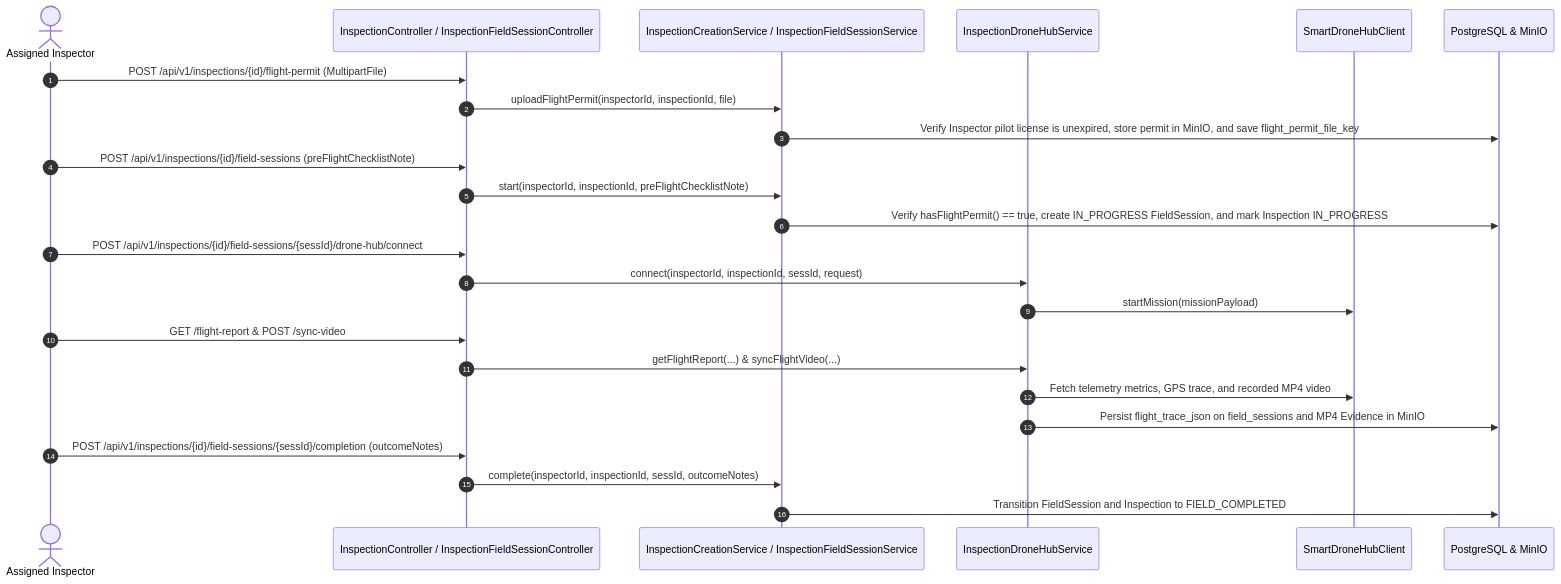
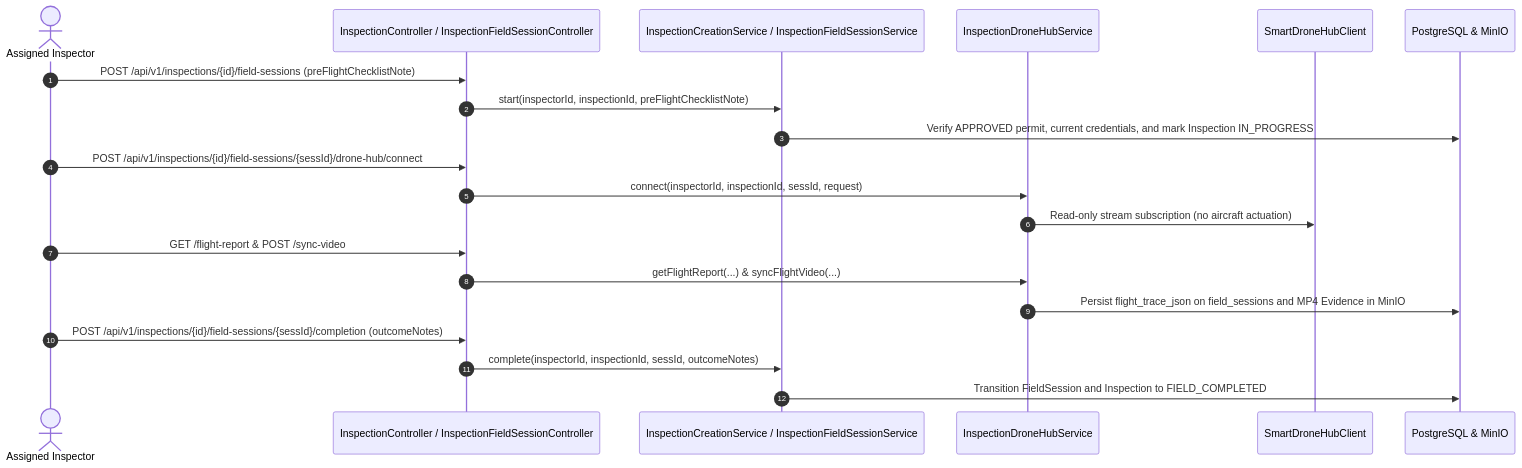
Before and after one commit to tungbach12/SmartDroneInspection-Docs: diagram 13 of 22 in reports/report-4-software-design-document/03-detailed-design.md, drawn with Mermaid. The commit also changed other lines of this file and 139 other files, not shown here.

Commit message:
docs(reports,diagrams): split 24-feature reports and reorganize type-specific draw.io diagrams

````diff
--- a/reports/report-4-software-design-document/03-detailed-design.md
+++ b/reports/report-4-software-design-document/03-detailed-design.md
@@ -770,31 +693,26 @@
 ```mermaid
-%% title: FE-05 Flight Permit Gate, Field Session Execution and SmartDroneHub Sync Sequence Diagram
+%% title: FE-14 Flight Permit Gate, Field Session Execution and SmartDroneHub Sync Sequence Diagram
 sequenceDiagram
   autonumber
   actor Insp as Assigned Inspector
   participant Ctrl as InspectionController / InspectionFieldSessionController
   participant Svc as InspectionCreationService / InspectionFieldSessionService
   participant HubSvc as InspectionDroneHubService
   participant Hub as SmartDroneHubClient
   participant DB as PostgreSQL & MinIO
 
-  Insp->>Ctrl: POST /api/v1/inspections/{id}/flight-permit (MultipartFile)
-  Ctrl->>Svc: uploadFlightPermit(inspectorId, inspectionId, file)
-  Svc->>DB: Verify Inspector pilot license is unexpired, store permit in MinIO, and save flight_permit_file_key
-
   Insp->>Ctrl: POST /api/v1/inspections/{id}/field-sessions (preFlightChecklistNote)
   Ctrl->>Svc: start(inspectorId, inspectionId, preFlightChecklistNote)
-  Svc->>DB: Verify hasFlightPermit() == true, create IN_PROGRESS FieldSession, and mark Inspection IN_PROGRESS
+  Svc->>DB: Verify APPROVED permit, current credentials, and mark Inspection IN_PROGRESS
 
   Insp->>Ctrl: POST /api/v1/inspections/{id}/field-sessions/{sessId}/drone-hub/connect
   Ctrl->>HubSvc: connect(inspectorId, inspectionId, sessId, request)
-  HubSvc->>Hub: startMission(missionPayload)
+  HubSvc->>Hub: Read-only stream subscription (no aircraft actuation)
   Insp->>Ctrl: GET /flight-report & POST /sync-video
   Ctrl->>HubSvc: getFlightReport(...) & syncFlightVideo(...)
-  HubSvc->>Hub: Fetch telemetry metrics, GPS trace, and recorded MP4 video
   HubSvc->>DB: Persist flight_trace_json on field_sessions and MP4 Evidence in MinIO
 
   Insp->>Ctrl: POST /api/v1/inspections/{id}/field-sessions/{sessId}/completion (outcomeNotes)
   Ctrl->>Svc: complete(inspectorId, inspectionId, sessId, outcomeNotes)
   Svc->>DB: Transition FieldSession and Inspection to FIELD_COMPLETED
 ```
````
